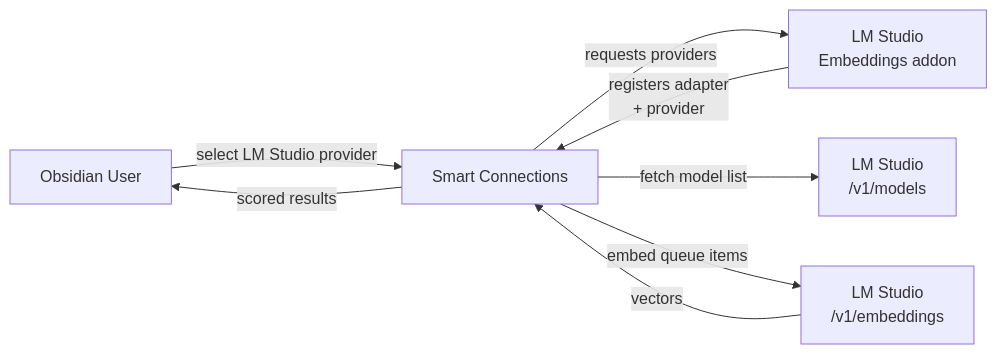
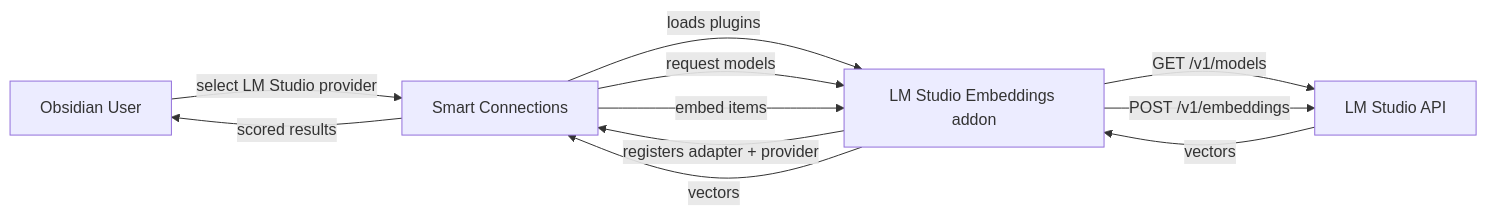
One commit to jmiba/smart-connections-lmstudio-embeddings changed the diagram in README.md. Above: the diagram before and after it, drawn with Mermaid.

Commit message:
Refactor flowchart in README.md for clarity and consistency

````diff
--- a/README.md
+++ b/README.md
@@ -7,16 +7,18 @@
 ```mermaid
 flowchart LR
   A[Obsidian User]
   B[Smart Connections]
-  C[LM Studio<br/>Embeddings addon]
-  D[LM Studio<br/>/v1/models]
-  E[LM Studio<br/>/v1/embeddings]
+  C[LM Studio Embeddings addon]
+  D[LM Studio API]
 
+  B -->|loads plugins| C
+  C -->|registers adapter + provider| B
   A -->|select LM Studio provider| B
-  B -->|requests providers| C
-  C -->|registers adapter<br/>+ provider| B
-  B -->|fetch model list| D
-  B -->|embed queue items| E
-  E -->|vectors| B
+  B -->|request models| C
+  C -->|GET /v1/models| D
+  B -->|embed items| C
+  C -->|POST /v1/embeddings| D
+  D -->|vectors| C
+  C -->|vectors| B
   B -->|scored results| A
 ```
````
